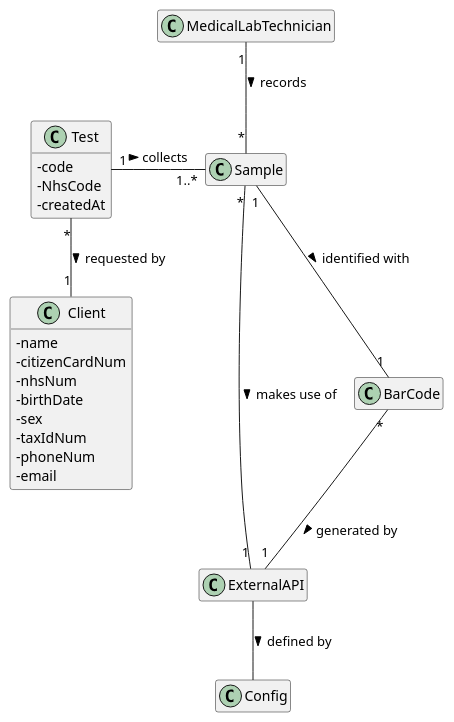
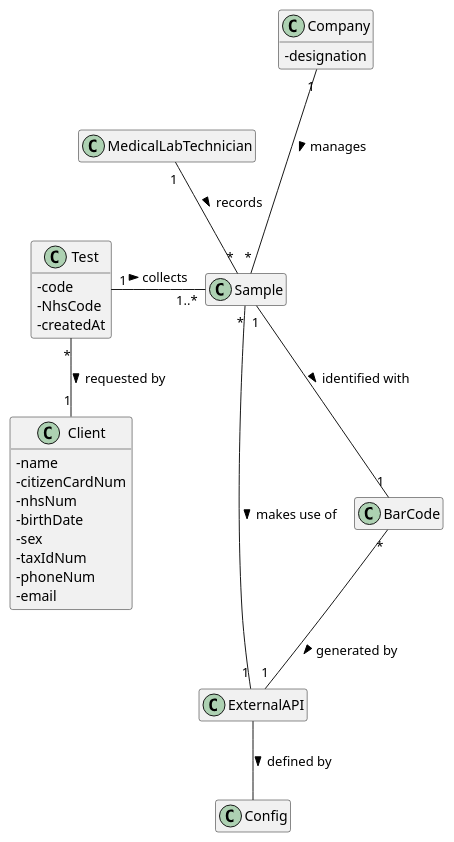
One commit to ana-albergaria/LAPR2-ISEP changed the diagram in docs/SprintC/US_5/US5_DM.puml. Above: the diagram before and after it, drawn with PlantUML. The commit also changed 4 other files, not shown here.

Commit message:
US5 Finishing SD Diagram

```diff
--- a/docs/SprintC/US_5/US5_DM.puml
+++ b/docs/SprintC/US_5/US5_DM.puml
@@ -1,77 +1,77 @@
 @startuml
 
 skinparam classAttributeIconSize 0
 hide empty methods
 hide empty attributes
 
 class MedicalLabTechnician{}
 
 class Sample{}
 
 class Test{
 - code
 - NhsCode
 - createdAt
 }
 
 class BarCode {}
 
 class ExternalAPI{}
 
 /'class LabOrder{}'/
 
 class Client{
 - name
 - citizenCardNum
 - nhsNum
 - birthDate
 - sex
 - taxIdNum
 - phoneNum
 - email
 }
 
 /'
 class TestType{
 - code
 - description
 - collectingMethod
 }'/
 
 /'class Parameter {
   -code
   -shortName
   -description
 }'/
 
+class Company {
+-designation
+}
+
 class Config {}
 
 
 
 
 MedicalLabTechnician "1" -- "*" Sample : records >
 Sample "1" -- "1" BarCode : identified with >
 BarCode "*" -- "1" ExternalAPI : generated by >
 Test "1" - "1..*" Sample : collects >
 /'Test "1" --- "1" LabOrder : originates <'/
 /'LabOrder "1..*" --- "1" Client : provided by >'/
 
 /'comment line above'/
 /'Test "*" -- "1" TestType : classified as >'/
 
 /'LabOrder -- TestType : contains >'/
 /'LabOrder -- "1..*" Parameter : contains >'/
 
+ExternalAPI -- Config : defined by >
+Test "*" -- "1" Client : requested by >
+Sample "*" - "1" ExternalAPI : makes use of >
+Company "1" --- "*" Sample : manages >
 
 
-ExternalAPI -- Config : defined by >
-
-Test "*" -- "1" Client : requested by >
-
-Sample "*" - "1" ExternalAPI : makes use of >
-
-/'FALTA ADICIONAR ASSOCIAÇÕES: CLIENT <-> TEST , CLIENT <-> SAMPLE'/
-/'PORQUÊ QUE O TEST TEM 2 codes?'/
 
 
 @enduml
```
